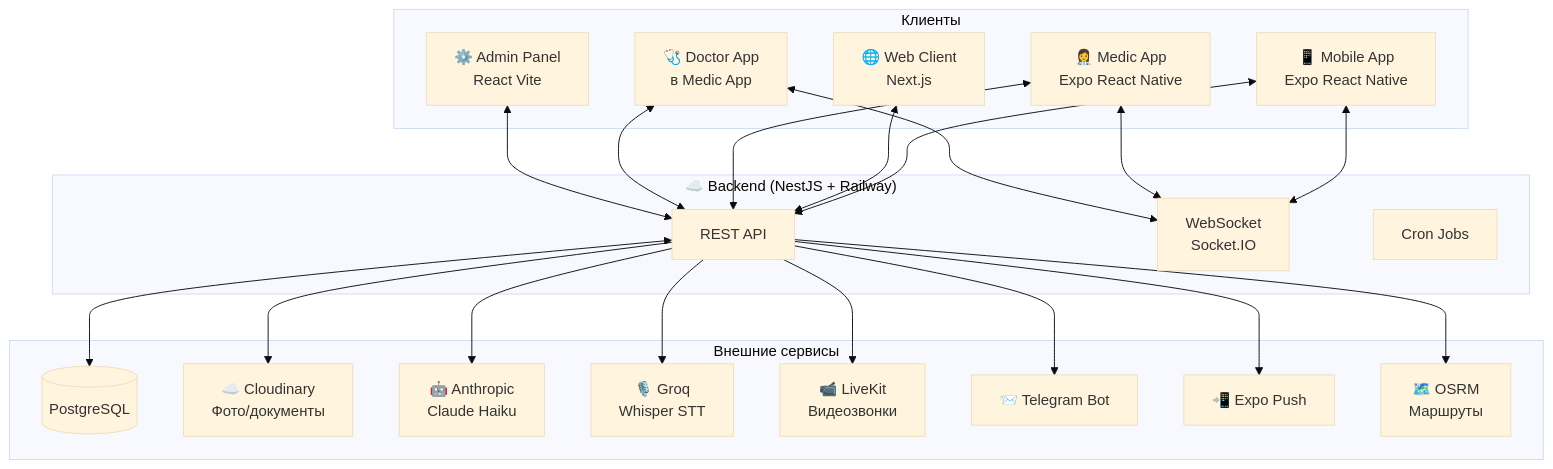
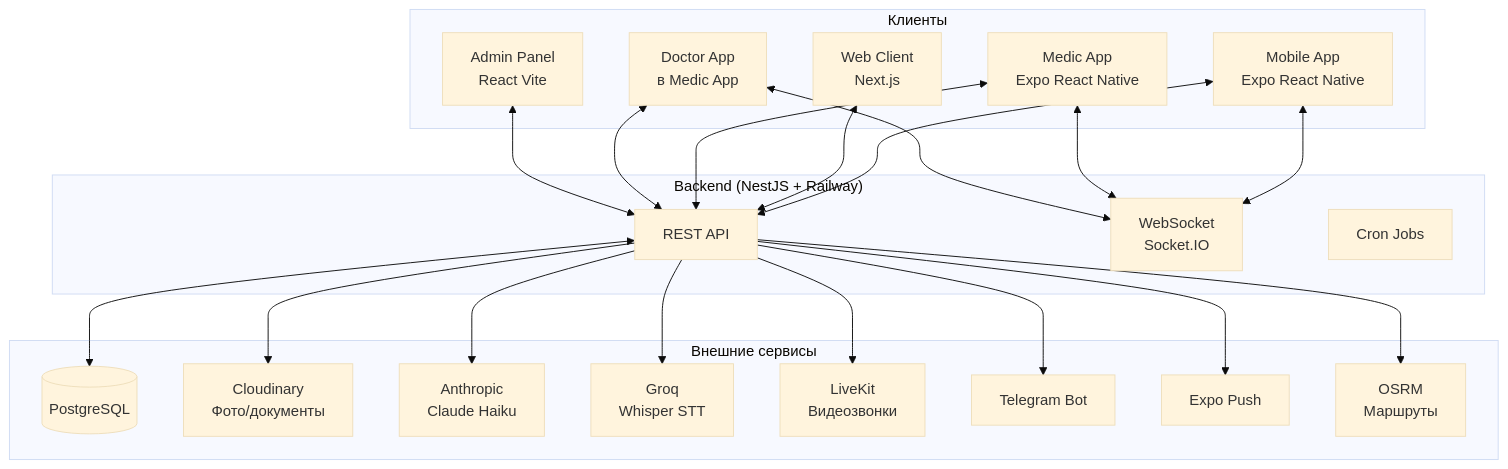
The first of 10 diagrams in docs/SYSTEM_FLOW.md (abubakirilhomov/hamshiraGo), drawn with Mermaid (base theme) before and after one commit. The commit also changed other lines of this file and 1 other file, not shown here.

First line of the commit message:
fix(docs): remove emoji + fix quotes in Mermaid diagrams

````diff
--- a/docs/SYSTEM_FLOW.md
+++ b/docs/SYSTEM_FLOW.md
@@ -5,45 +5,45 @@
 ```mermaid
 graph TB
     subgraph Клиенты
-        MOB[📱 Mobile App<br/>Expo React Native]
-        WEB[🌐 Web Client<br/>Next.js]
-        MED[👩‍⚕️ Medic App<br/>Expo React Native]
-        DOC[🩺 Doctor App<br/>в Medic App]
-        ADM[⚙️ Admin Panel<br/>React Vite]
+        MOB[Mobile App<br/>Expo React Native]
+        WEB[Web Client<br/>Next.js]
+        MED[Medic App<br/>Expo React Native]
+        DOC[Doctor App<br/>в Medic App]
+        ADM[Admin Panel<br/>React Vite]
     end
 
-    subgraph Backend["☁️ Backend (NestJS + Railway)"]
+    subgraph Backend["Backend (NestJS + Railway)"]
         API[REST API]
         WS[WebSocket<br/>Socket.IO]
         CRON[Cron Jobs]
     end
 
     subgraph Внешние сервисы
         PG[(PostgreSQL)]
-        CLD[☁️ Cloudinary<br/>Фото/документы]
-        ANTH[🤖 Anthropic<br/>Claude Haiku]
-        GROQ[🎙️ Groq<br/>Whisper STT]
-        LK[📹 LiveKit<br/>Видеозвонки]
-        TG[📨 Telegram Bot]
-        PUSH[📲 Expo Push]
-        OSRM[🗺️ OSRM<br/>Маршруты]
+        CLD[Cloudinary<br/>Фото/документы]
+        ANTH[Anthropic<br/>Claude Haiku]
+        GROQ[Groq<br/>Whisper STT]
+        LK[LiveKit<br/>Видеозвонки]
+        TG[Telegram Bot]
+        PUSH[Expo Push]
+        OSRM[OSRM<br/>Маршруты]
     end
 
     MOB <--> API
     WEB <--> API
     MED <--> API
     DOC <--> API
     ADM <--> API
     MOB <--> WS
     MED <--> WS
     DOC <--> WS
 
     API <--> PG
     API --> CLD
     API --> ANTH
     API --> GROQ
     API --> LK
     API --> TG
     API --> PUSH
     API --> OSRM
 ```
````
